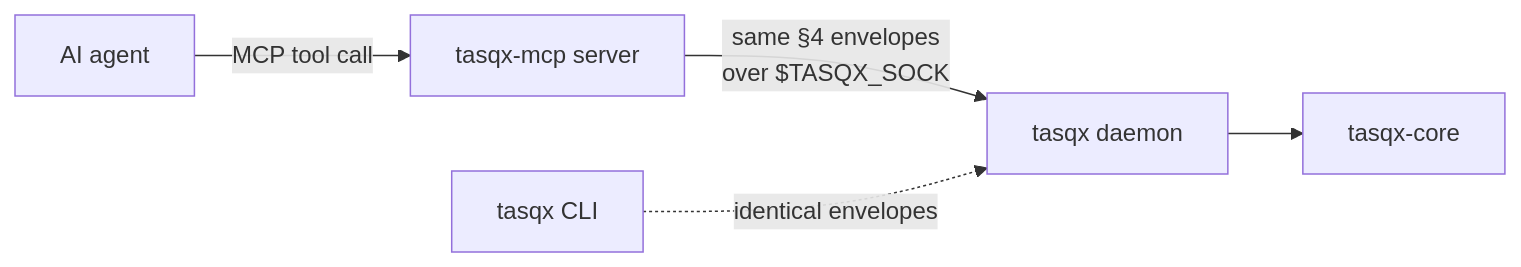
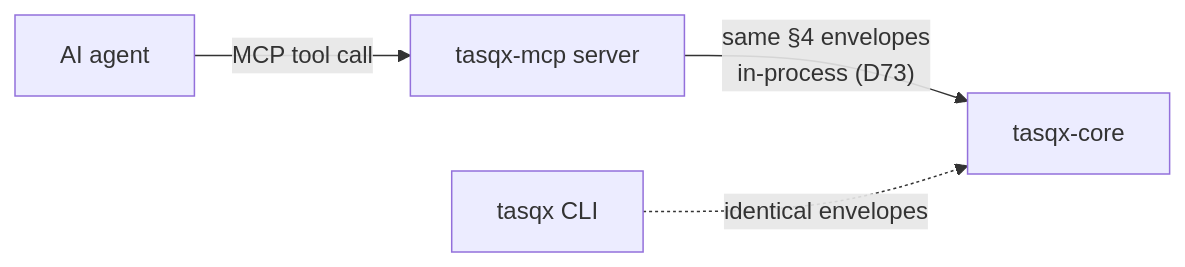
One commit to dimitritholen/tasqx changed the third of 3 diagrams in DESIGN.md. Above: the diagram before and after it, drawn with Mermaid. The commit also changed other lines of this file and 3 other files, not shown here.

````diff
--- a/DESIGN.md
+++ b/DESIGN.md
@@ -833,7 +833,6 @@
 ```mermaid
 graph LR
     AI["AI agent"] -->|MCP tool call| MCP["tasqx-mcp server"]
-    MCP -->|"same §4 envelopes<br/>over $TASQX_SOCK"| DAEMON["tasqx daemon"]
-    DAEMON --> CORE["tasqx-core"]
-    CLI["tasqx CLI"] -.->|identical envelopes| DAEMON
+    MCP -->|"same §4 envelopes<br/>in-process (D73)"| CORE["tasqx-core"]
+    CLI["tasqx CLI"] -.->|identical envelopes| CORE
 ```
````
